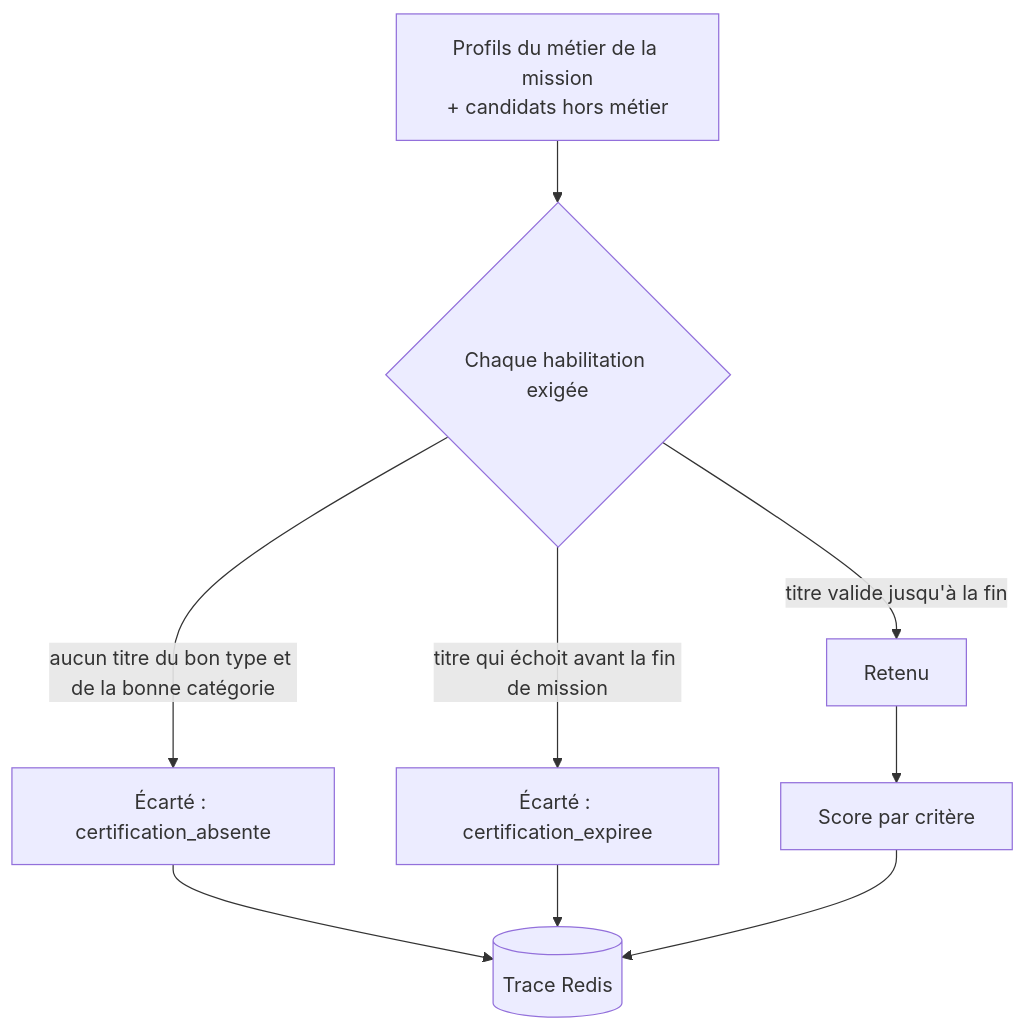
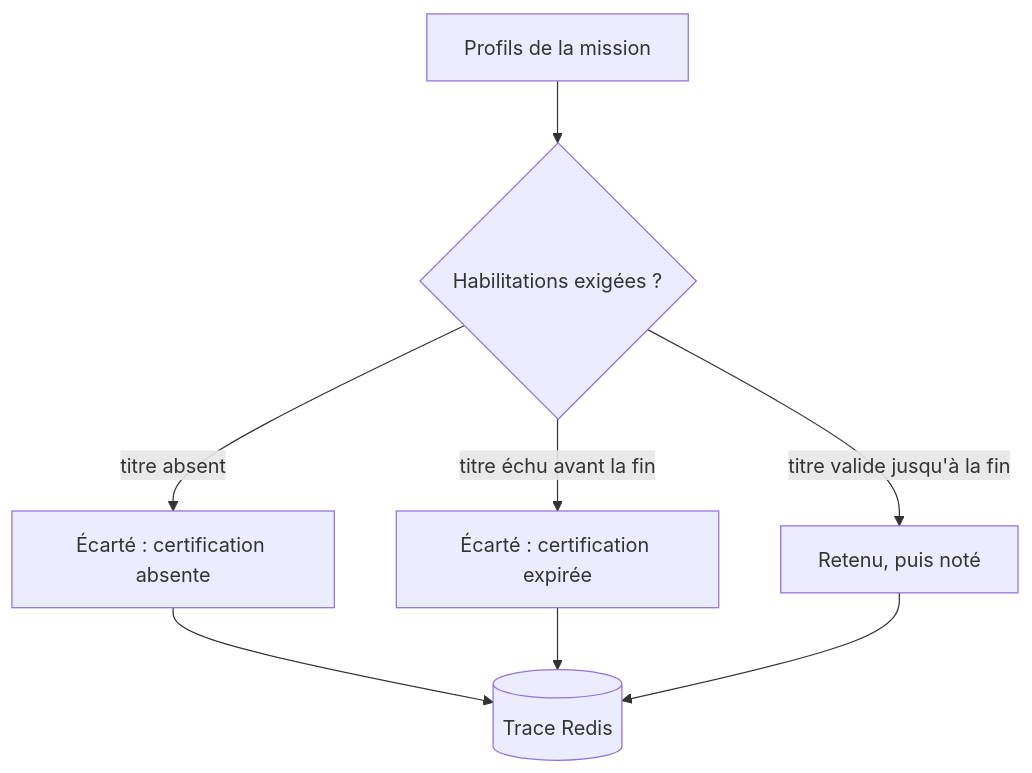
Before and after one commit to Cloud-io09/interim-platform-group-8: the fourth of 6 diagrams in docs/architecture.md, drawn with Mermaid. The commit also changed other lines of this file, not shown here.

Commit message:
docs: diagrammes simplifiés, sans balises

````diff
--- a/docs/architecture.md
+++ b/docs/architecture.md
@@ -233,11 +209,10 @@
 ```mermaid
 flowchart TD
-  P["Profils du métier de la mission<br/>+ candidats hors métier"] --> F{"Chaque habilitation exigée"}
-  F -->|"aucun titre du bon type et de la bonne catégorie"| X1["Écarté : certification_absente"]
-  F -->|"titre qui échoit avant la fin de mission"| X2["Écarté : certification_expiree"]
-  F -->|"titre valide jusqu'à la fin"| S["Retenu"]
-  S --> N["Score par critère"]
-  X1 --> T[("Trace Redis")]
+  P[Profils de la mission] --> F{Habilitations exigées ?}
+  F -->|titre absent| X1[Écarté : certification absente]
+  F -->|titre échu avant la fin| X2[Écarté : certification expirée]
+  F -->|titre valide jusqu'à la fin| S[Retenu, puis noté]
+  X1 --> T[(Trace Redis)]
   X2 --> T
-  N --> T
+  S --> T
 ```
````
